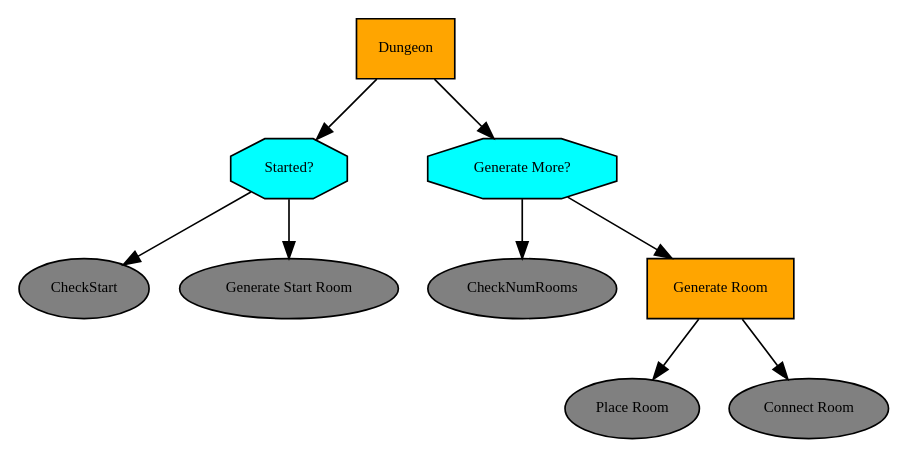
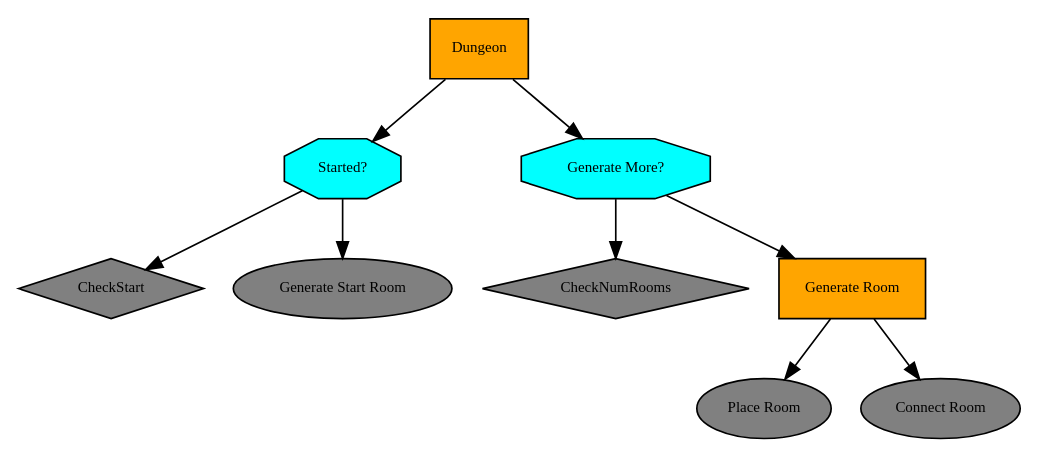
Before and after one commit to riffsircar/PCGBT: the diagram in dungeon.dot, drawn with Graphviz. The commit also changed 55 other files, not shown here.

```diff
--- a/dungeon.dot
+++ b/dungeon.dot
@@ -1,23 +1,23 @@
 digraph pastafarianism {
 ordering=out;
 graph [fontname="times-roman"];
 node [fontname="times-roman"];
 edge [fontname="times-roman"];
 Dungeon [fillcolor=orange, fontcolor=black, fontsize=9, label=Dungeon, shape=box, style=filled];
 "Started?" [fillcolor=cyan, fontcolor=black, fontsize=9, label="Started?", shape=octagon, style=filled];
 Dungeon -> "Started?";
-CheckStart [fillcolor=gray, fontcolor=black, fontsize=9, label=CheckStart, shape=ellipse, style=filled];
+CheckStart [fillcolor=gray, fontcolor=black, fontsize=9, label=CheckStart, shape=diamond, style=filled];
 "Started?" -> CheckStart;
 "Generate Start Room" [fillcolor=gray, fontcolor=black, fontsize=9, label="Generate Start Room", shape=ellipse, style=filled];
 "Started?" -> "Generate Start Room";
 "Generate More?" [fillcolor=cyan, fontcolor=black, fontsize=9, label="Generate More?", shape=octagon, style=filled];
 Dungeon -> "Generate More?";
-CheckNumRooms [fillcolor=gray, fontcolor=black, fontsize=9, label=CheckNumRooms, shape=ellipse, style=filled];
+CheckNumRooms [fillcolor=gray, fontcolor=black, fontsize=9, label=CheckNumRooms, shape=diamond, style=filled];
 "Generate More?" -> CheckNumRooms;
 "Generate Room" [fillcolor=orange, fontcolor=black, fontsize=9, label="Generate Room", shape=box, style=filled];
 "Generate More?" -> "Generate Room";
 "Place Room" [fillcolor=gray, fontcolor=black, fontsize=9, label="Place Room", shape=ellipse, style=filled];
 "Generate Room" -> "Place Room";
 "Connect Room" [fillcolor=gray, fontcolor=black, fontsize=9, label="Connect Room", shape=ellipse, style=filled];
 "Generate Room" -> "Connect Room";
 }
```
